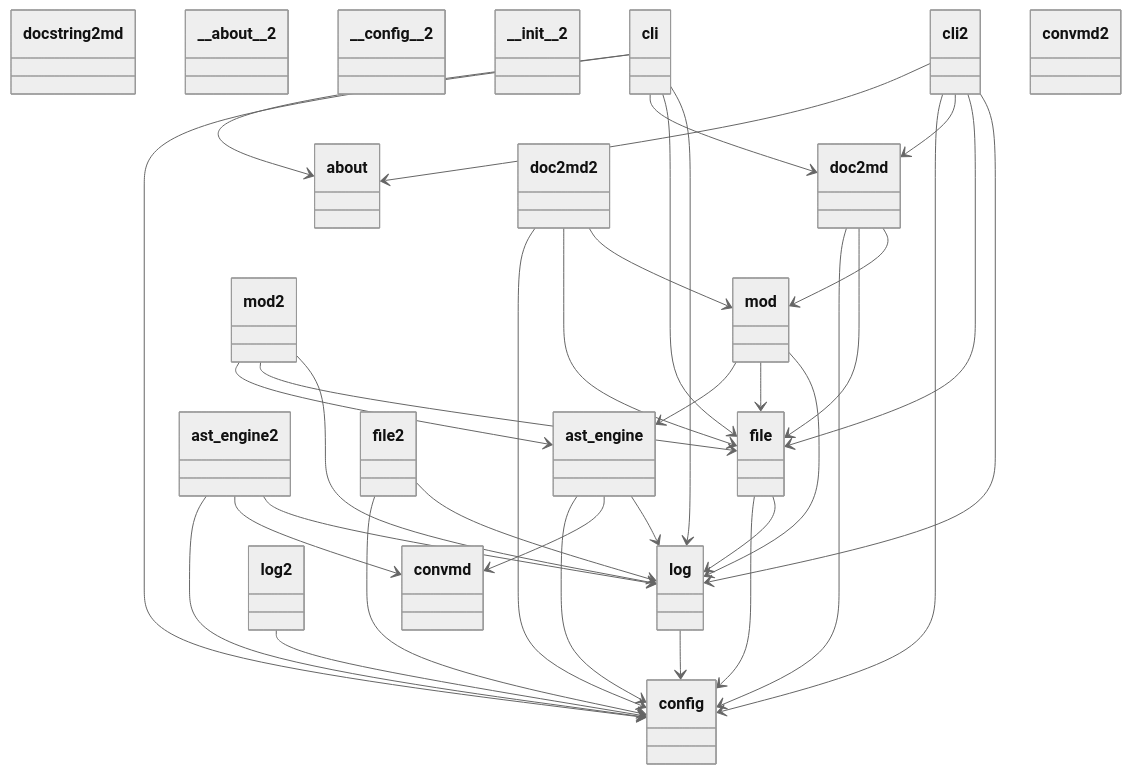
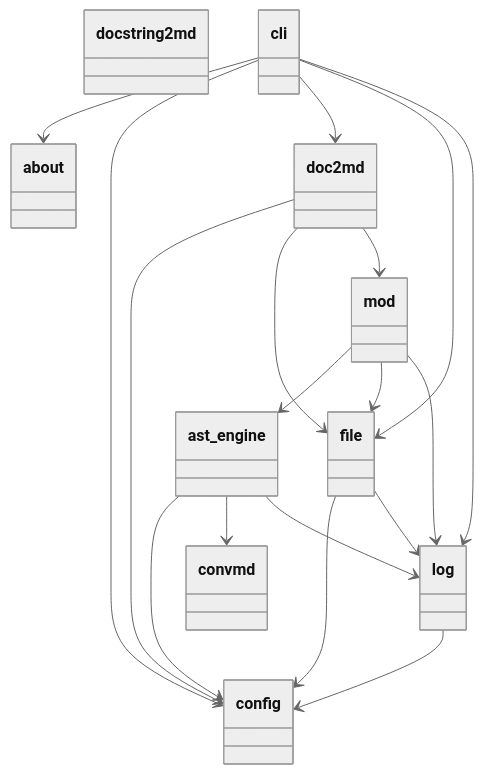
Before and after one commit to francois-le-ko4la/docstring-to-markdown: the diagram in doc/packages_docstring2md.mmd, drawn with Mermaid (neutral theme). The commit also changed 4 other files, not shown here.

```diff
--- a/doc/packages_docstring2md.mmd
+++ b/doc/packages_docstring2md.mmd
@@ -1,75 +1,38 @@
 classDiagram
   class docstring2md {
   }
   class __about__ {
   }
-  class __about__ 2 {
-  }
   class __config__ {
-  }
-  class __config__ 2 {
-  }
-  class __init__ 2 {
   }
   class ast_engine {
   }
-  class ast_engine 2 {
-  }
   class cli {
-  }
-  class cli 2 {
   }
   class convmd {
   }
-  class convmd 2 {
-  }
   class doc2md {
-  }
-  class doc2md 2 {
   }
   class file {
   }
-  class file 2 {
-  }
   class log {
   }
-  class log 2 {
-  }
   class mod {
-  }
-  class mod 2 {
   }
   ast_engine --> __config__
   ast_engine --> convmd
   ast_engine --> log
-  ast_engine 2 --> __config__
-  ast_engine 2 --> convmd
-  ast_engine 2 --> log
   cli --> __about__
   cli --> __config__
   cli --> doc2md
   cli --> file
   cli --> log
-  cli 2 --> __about__
-  cli 2 --> __config__
-  cli 2 --> doc2md
-  cli 2 --> file
-  cli 2 --> log
   doc2md --> __config__
   doc2md --> file
   doc2md --> mod
-  doc2md 2 --> __config__
-  doc2md 2 --> file
-  doc2md 2 --> mod
   file --> __config__
   file --> log
-  file 2 --> __config__
-  file 2 --> log
   log --> __config__
-  log 2 --> __config__
   mod --> ast_engine
   mod --> file
   mod --> log
-  mod 2 --> ast_engine
-  mod 2 --> file
-  mod 2 --> log
```
